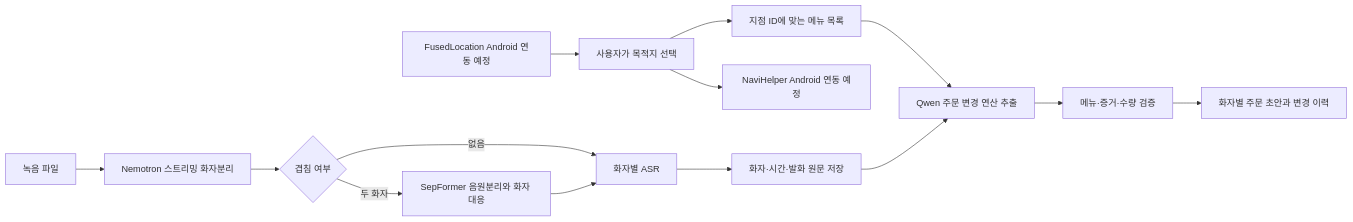
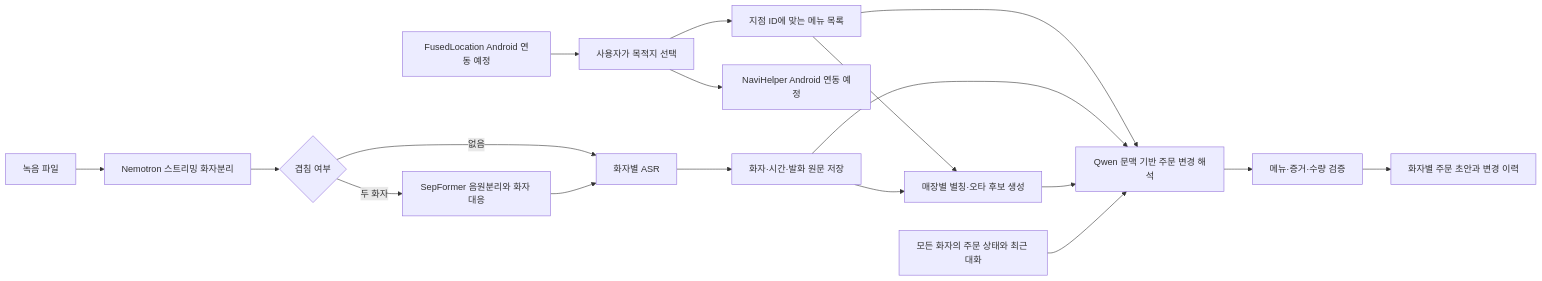
One commit to ssonniee/hyundai-moaorder changed the diagram in README.md. Above: the diagram before and after it, drawn with Mermaid. The commit also changed other lines of this file and 13 other files, not shown here.

````diff
--- a/README.md
+++ b/README.md
@@ -24,16 +24,20 @@
 ```mermaid
 flowchart LR
   A[사용자가 목적지 선택] --> B[지점 ID에 맞는 메뉴 목록]
   A --> N[NaviHelper Android 연동 예정]
   L[FusedLocation Android 연동 예정] --> A
   W[녹음 파일] --> D[Nemotron 스트리밍 화자분리]
   D --> S{겹침 여부}
   S -->|없음| R[화자별 ASR]
   S -->|두 화자| P[SepFormer 음원분리와 화자 대응]
   P --> R
   R --> T[화자·시간·발화 원문 저장]
-  B --> Q[Qwen 주문 변경 연산 추출]
+  B --> H[매장별 별칭·오타 후보 생성]
+  T --> H
+  B --> Q[Qwen 문맥 기반 주문 변경 해석]
   T --> Q
+  H --> Q
+  C[모든 화자의 주문 상태와 최근 대화] --> Q
   Q --> V[메뉴·증거·수량 검증]
   V --> O[화자별 주문 초안과 변경 이력]
 ```
````
